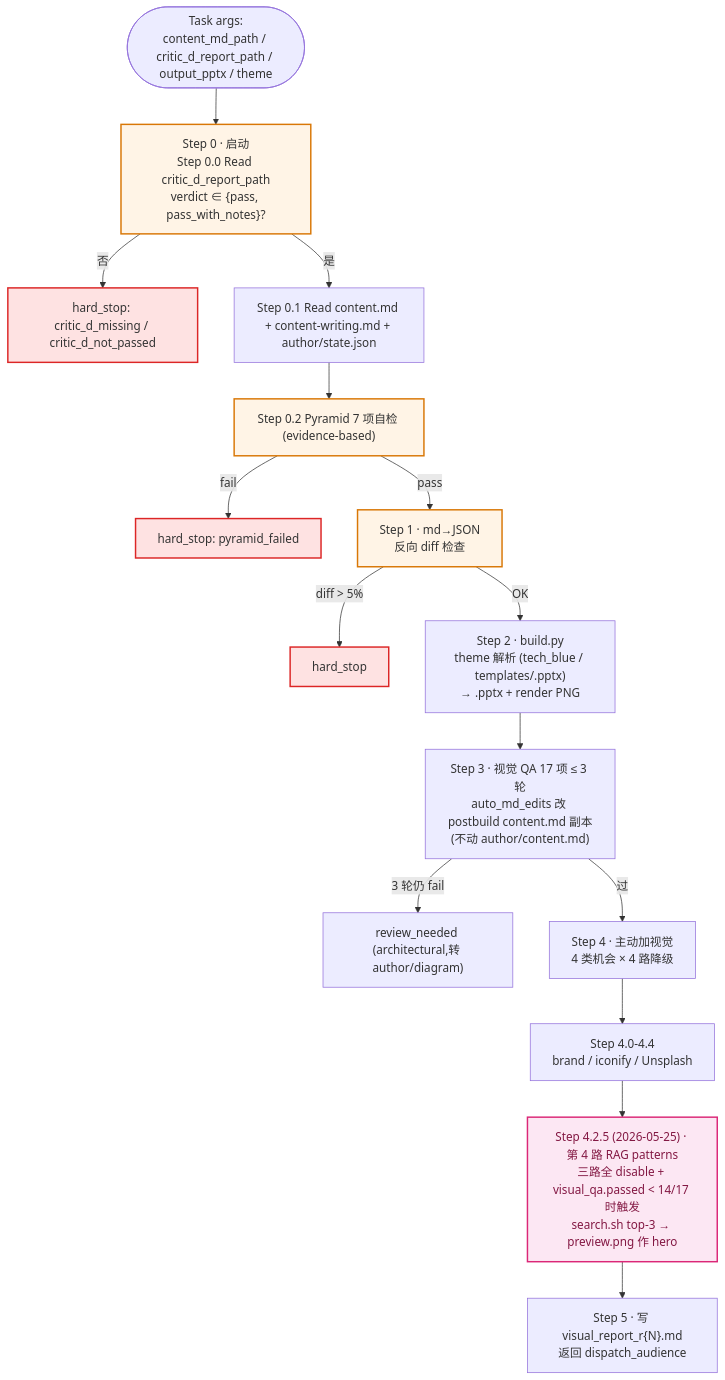
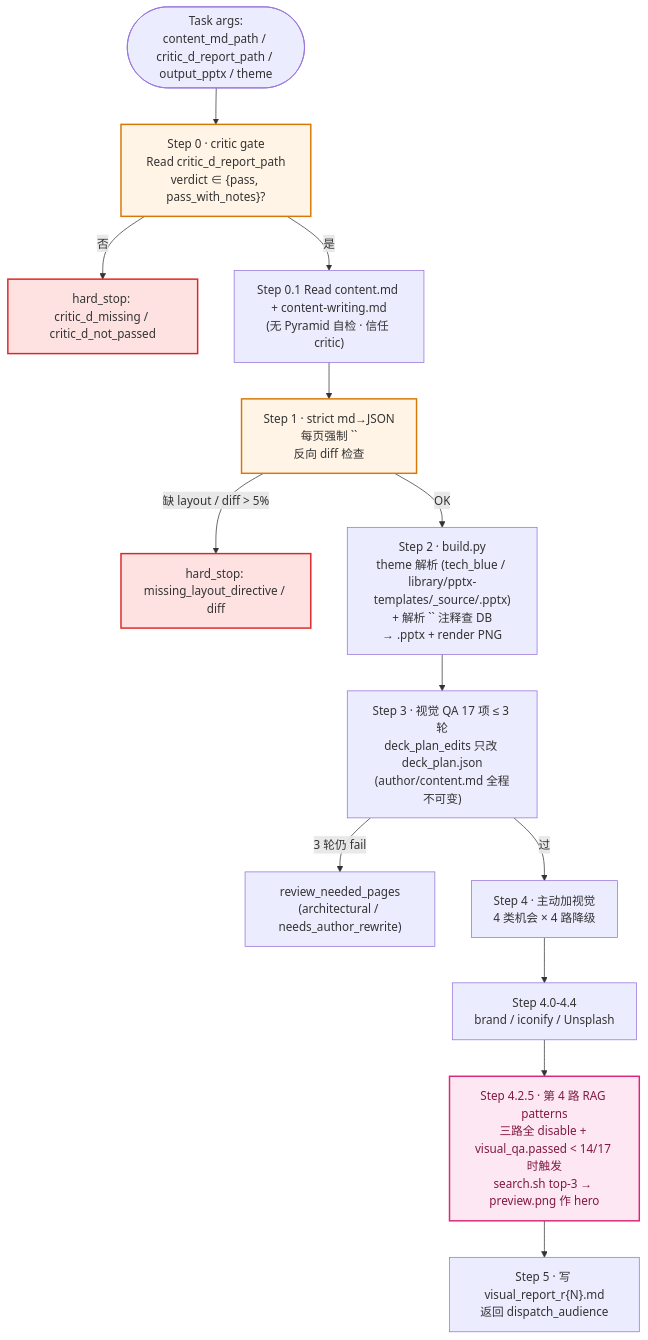
One commit to pcliangx/iLovePPT changed the ninth of 12 diagrams in docs/agent-internals.zh.md. Above: the diagram before and after it, drawn with Mermaid. The commit also changed other lines of this file and 38 other files, not shown here.

````diff
--- a/docs/agent-internals.zh.md
+++ b/docs/agent-internals.zh.md
@@ -855,25 +859,23 @@
 ```mermaid
 flowchart TB
     I([Task args:<br/>content_md_path / critic_d_report_path / output_pptx / theme]) --> S0
-    S0["Step 0 · 启动<br/>Step 0.0 Read critic_d_report_path<br/>verdict ∈ {pass, pass_with_notes}?"]
+    S0["Step 0 · critic gate<br/>Read critic_d_report_path<br/>verdict ∈ {pass, pass_with_notes}?"]
     S0 -->|否| HS["hard_stop: critic_d_missing / critic_d_not_passed"]
-    S0 -->|是| S01["Step 0.1 Read content.md + content-writing.md + author/state.json"]
-    S01 --> S02["Step 0.2 Pyramid 7 项自检 (evidence-based)"]
-    S02 -->|fail| HS2["hard_stop: pyramid_failed"]
-    S02 -->|pass| S1["Step 1 · md→JSON<br/>反向 diff 检查"]
-    S1 -->|diff > 5%| HS3["hard_stop"]
-    S1 -->|OK| S2["Step 2 · build.py<br/>theme 解析 (tech_blue / templates/<name>.pptx)<br/>→ .pptx + render PNG"]
-    S2 --> S3["Step 3 · 视觉 QA 17 项 ≤ 3 轮<br/>auto_md_edits 改 postbuild content.md 副本<br/>(不动 author/content.md)"]
-    S3 -->|3 轮仍 fail| RN["review_needed (architectural,转 author/diagram)"]
+    S0 -->|是| S01["Step 0.1 Read content.md + content-writing.md<br/>(无 Pyramid 自检 · 信任 critic)"]
+    S01 --> S1["Step 1 · strict md→JSON<br/>每页强制 `<!-- layout: X -->`<br/>反向 diff 检查"]
+    S1 -->|缺 layout / diff > 5%| HS3["hard_stop: missing_layout_directive / diff"]
+    S1 -->|OK| S2["Step 2 · build.py<br/>theme 解析 (tech_blue / library/pptx-templates/_source/<name>.pptx)<br/>+ 解析 `<!-- pattern: vp:/tpl: -->` 注释查 DB<br/>→ .pptx + render PNG"]
+    S2 --> S3["Step 3 · 视觉 QA 17 项 ≤ 3 轮<br/>deck_plan_edits 只改 deck_plan.json<br/>(author/content.md 全程不可变)"]
+    S3 -->|3 轮仍 fail| RN["review_needed_pages<br/>(architectural / needs_author_rewrite)"]
     S3 -->|过| S4["Step 4 · 主动加视觉<br/>4 类机会 × 4 路降级"]
     S4 --> S41["Step 4.0-4.4<br/>brand / iconify / Unsplash"]
-    S41 --> S425["Step 4.2.5 (2026-05-25) · 第 4 路 RAG patterns<br/>三路全 disable + visual_qa.passed < 14/17 时触发<br/>search.sh top-3 → preview.png 作 hero"]
+    S41 --> S425["Step 4.2.5 · 第 4 路 RAG patterns<br/>三路全 disable + visual_qa.passed < 14/17 时触发<br/>search.sh top-3 → preview.png 作 hero"]
     S425 --> S5["Step 5 · 写 visual_report_r{N}.md<br/>返回 dispatch_audience"]
 
     classDef gate fill:#FFF4E6,stroke:#D97706,stroke-width:2px
     classDef rag fill:#FCE7F3,stroke:#DB2777,stroke-width:2px,color:#831843
     classDef hard fill:#FEE2E2,stroke:#DC2626,stroke-width:2px
-    class S0,S02,S1 gate
+    class S0,S1 gate
     class S425 rag
-    class HS,HS2,HS3 hard
+    class HS,HS3 hard
 ```
````
